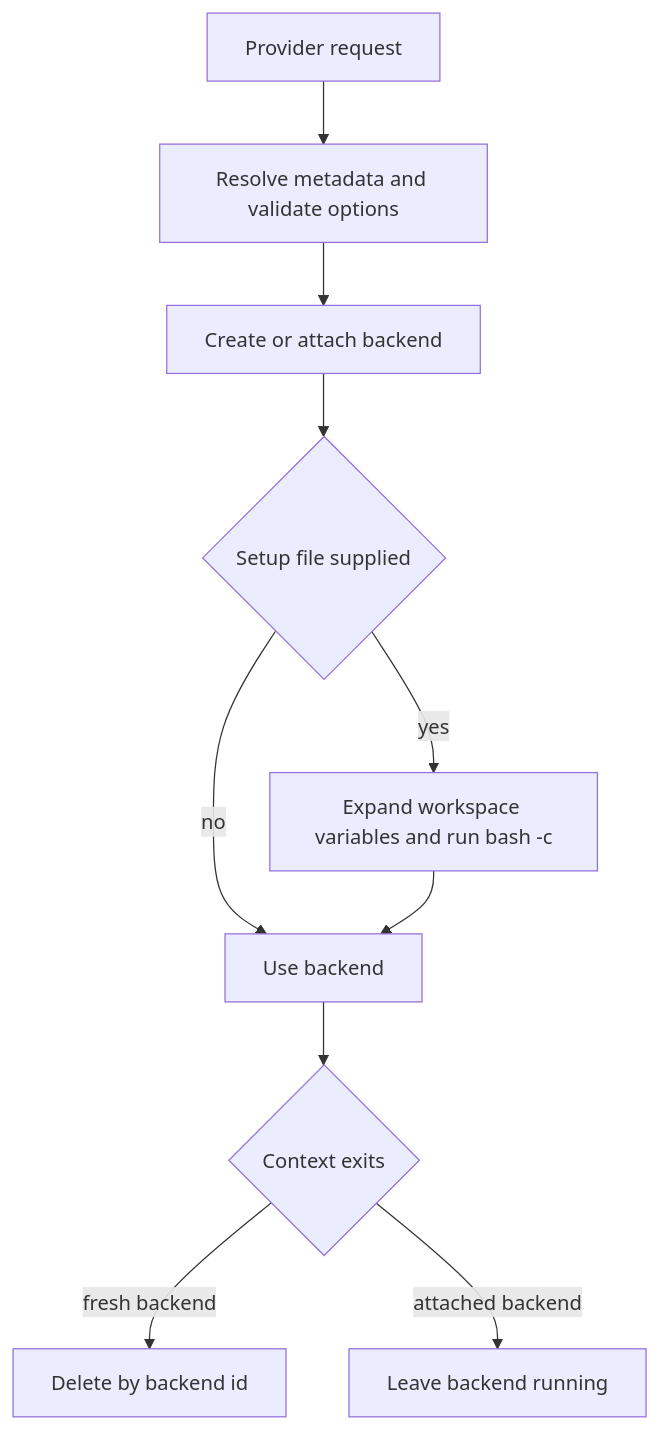
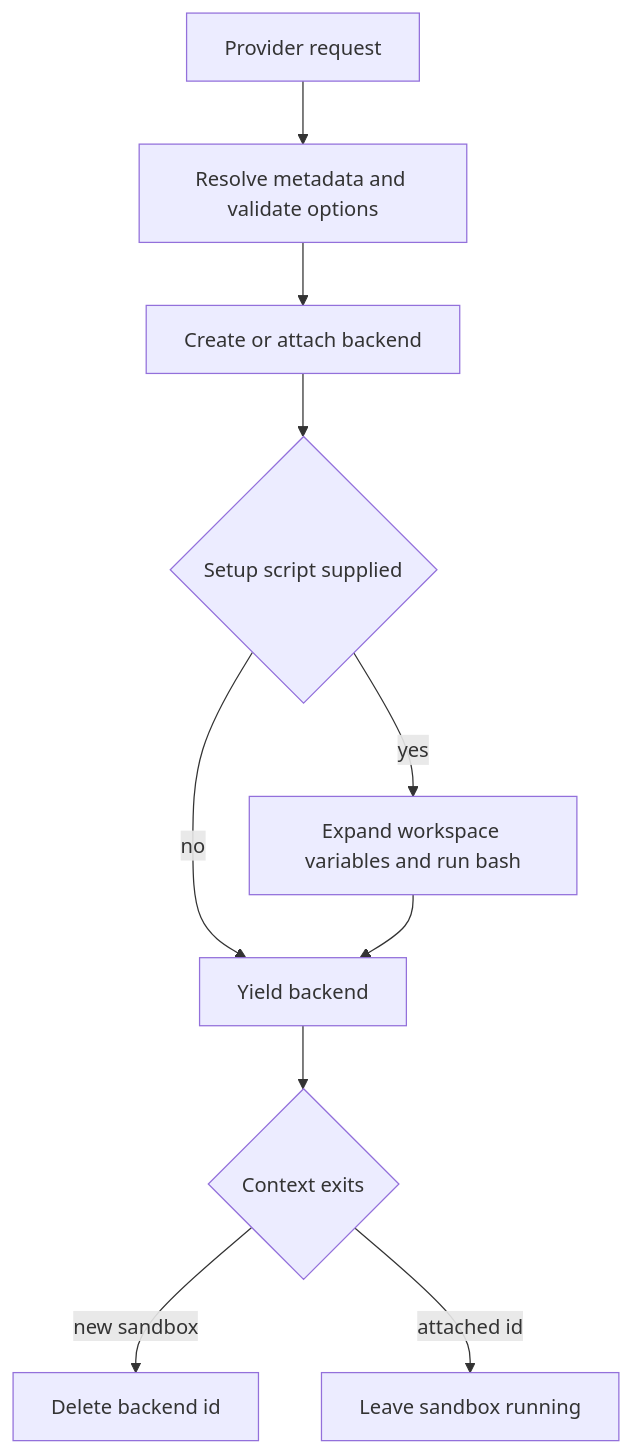
One commit to langchain-ai/deepagents changed the second of 2 diagrams in openwiki/integrations/sandbox-partners.md. Above: the diagram before and after it, drawn with Mermaid. The commit also changed other lines of this file and 37 other files, not shown here.

````diff
--- a/openwiki/integrations/sandbox-partners.md
+++ b/openwiki/integrations/sandbox-partners.md
@@ -81,12 +119,12 @@
 ```mermaid
 flowchart TD
-    Start["Provider request"] --> Resolve["Resolve metadata and validate options"]
-    Resolve --> Provision["Create or attach backend"]
-    Provision --> Setup{"Setup file supplied"}
-    Setup -->|yes| RunSetup["Expand workspace variables and run bash -c"]
-    Setup -->|no| Use["Use backend"]
-    RunSetup --> Use
+    Request["Provider request"] --> Validate["Resolve metadata and validate options"]
+    Validate --> Acquire["Create or attach backend"]
+    Acquire --> Setup{"Setup script supplied"}
+    Setup -->|yes| Execute["Expand workspace variables and run bash"]
+    Setup -->|no| Use["Yield backend"]
+    Execute --> Use
     Use --> Close{"Context exits"}
-    Close -->|fresh backend| Delete["Delete by backend id"]
-    Close -->|attached backend| Retain["Leave backend running"]
+    Close -->|new sandbox| Delete["Delete backend id"]
+    Close -->|attached id| Retain["Leave sandbox running"]
 ```
````
